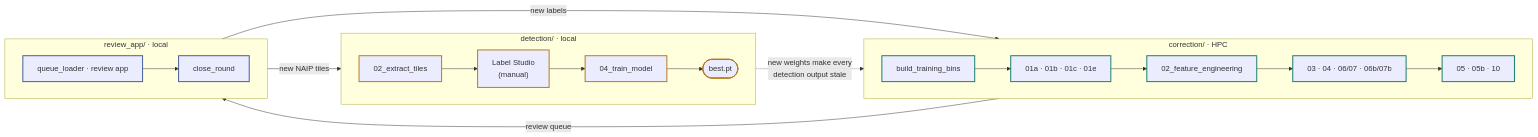
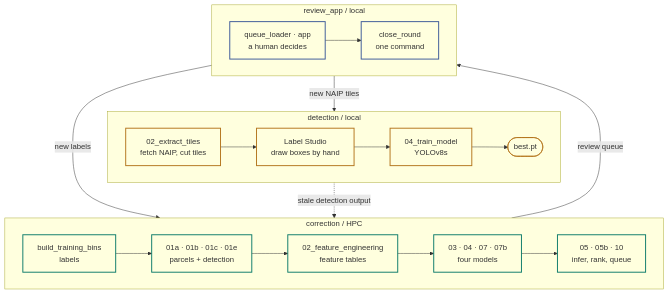
One commit to ARMurray/tp_qa changed the diagram in README.md. Above: the diagram before and after it, drawn with Mermaid.

Commit message:
Stack the README diagram vertically so it renders legibly
flowchart LR produced a wide, short diagram. GitHub scales that down to the
column width, which shrank the text past the point of being readable -- the
diagram was technically correct and practically useless.

flowchart TB with three stacked subgraphs, each direction LR, gives the
swimlane shape the SVG version already used and a far better aspect ratio, so
GitHub renders it at full size.

Also dropped the bold/italic markup from node labels. Mermaid measures the
plain string and renders the styled one, so the styled text overflowed its box
and clipped on the right: "04_train_mode", "01c 01", "infer, rank, queu".

Verified by rendering the block rather than guessing at it.

````diff
--- a/README.md
+++ b/README.md
@@ -15,34 +15,40 @@
 ```mermaid
-flowchart LR
-  subgraph DET["detection/ · local"]
+flowchart TB
+  subgraph DET["detection / local"]
     direction LR
-    D1["02_extract_tiles"] --> D2["Label Studio<br/>(manual)"]
-    D2 --> D3["04_train_model"]
-    D3 --> D4(["best.pt"])
+    D1["02_extract_tiles<br/>fetch NAIP, cut tiles"]
+    D2["Label Studio<br/>draw boxes by hand"]
+    D3["04_train_model<br/>YOLOv8s"]
+    D4(["best.pt"])
+    D1 --> D2 --> D3 --> D4
   end
 
-  subgraph CORR["correction/ · HPC"]
+  subgraph CORR["correction / HPC"]
     direction LR
-    C1["build_training_bins"] --> C2["01a · 01b · 01c · 01e"]
-    C2 --> C3["02_feature_engineering"]
-    C3 --> C4["03 · 04 · 06/07 · 06b/07b"]
-    C4 --> C5["05 · 05b · 10"]
+    C1["build_training_bins<br/>labels"]
+    C2["01a · 01b · 01c · 01e<br/>parcels + detection"]
+    C3["02_feature_engineering<br/>feature tables"]
+    C4["03 · 04 · 07 · 07b<br/>four models"]
+    C5["05 · 05b · 10<br/>infer, rank, queue"]
+    C1 --> C2 --> C3 --> C4 --> C5
   end
 
-  subgraph REV["review_app/ · local"]
+  subgraph REV["review_app / local"]
     direction LR
-    R1["queue_loader · review app"] --> R2["close_round"]
+    R1["queue_loader · app<br/>a human decides"]
+    R2["close_round<br/>one command"]
+    R1 --> R2
   end
 
-  D4 -.->|"new weights make every<br/>detection output stale"| C2
   C5 -->|"review queue"| R1
   R2 -->|"new labels"| C1
   R2 -->|"new NAIP tiles"| D1
+  D4 -.->|"stale detection output"| C2
 
-  classDef det stroke:#B4761E,stroke-width:2px;
-  classDef corr stroke:#0E7C6B,stroke-width:2px;
-  classDef rev stroke:#3D5A99,stroke-width:2px;
+  classDef det stroke:#B4761E,stroke-width:2px,fill:transparent;
+  classDef corr stroke:#0E7C6B,stroke-width:2px,fill:transparent;
+  classDef rev stroke:#3D5A99,stroke-width:2px,fill:transparent;
   class D1,D2,D3,D4 det;
   class C1,C2,C3,C4,C5 corr;
   class R1,R2 rev;
 ```
````
